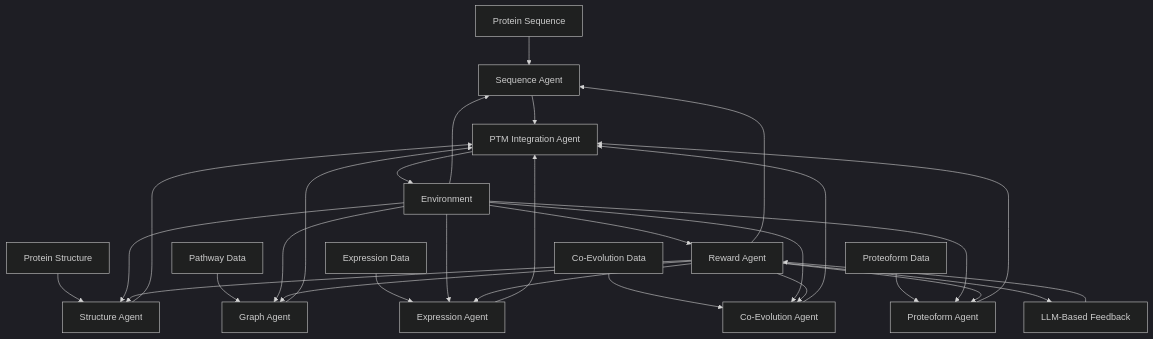
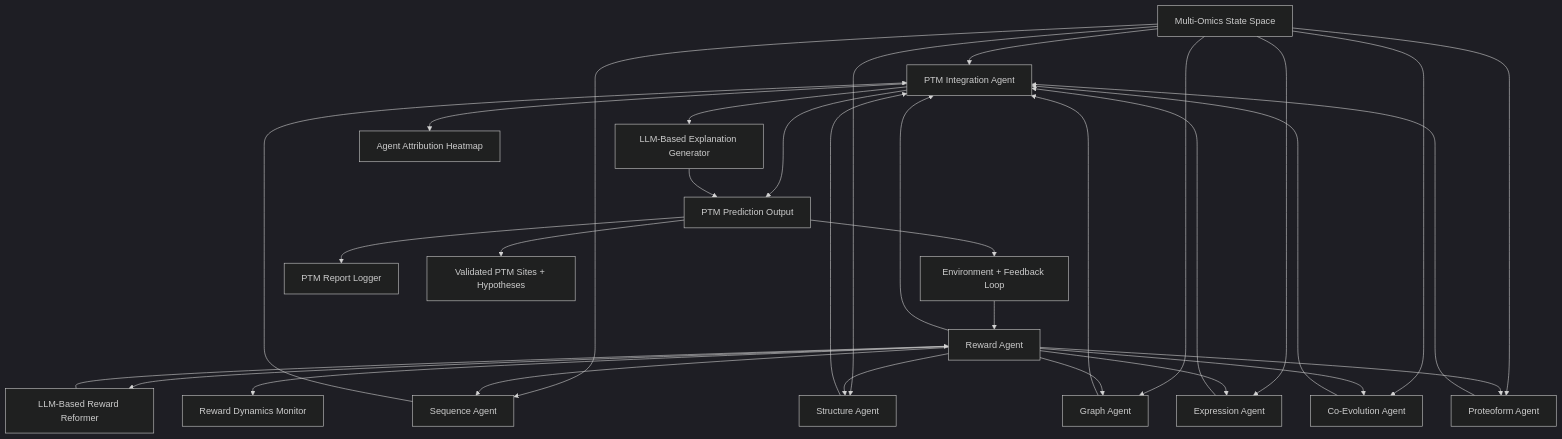
Before and after one commit to CaseOLAP/MARL-PTM: the diagram in workflow-2.0.md, drawn with Mermaid (dark theme).

````diff
--- a/workflow-2.0.md
+++ b/workflow-2.0.md
@@ -1,41 +1,49 @@
 ```mermaid
 graph TD
 
-%% Data Inputs
-A1[Protein Sequence] --> B1[Sequence Agent]
-A2[Protein Structure] --> B2[Structure Agent]
-A3[Pathway Data] --> B3[Graph Agent]
-A4[Expression Data] --> B4[Expression Agent]
-A5[Co-Evolution Data] --> B5[Co-Evolution Agent]
-A6[Proteoform Data] --> B6[Proteoform Agent]
+    %% Core MARL Flow
+    A[Multi-Omics State Space] --> B[PTM Integration Agent]
+    B --> C[PTM Prediction Output]
+    C --> D[Environment + Feedback Loop]
+    D --> E[Reward Agent]
+    E --> B
 
-%% Core Agent Outputs to Integration
-B1 --> C[PTM Integration Agent]
-B2 --> C
-B3 --> C
-B4 --> C
-B5 --> C
-B6 --> C
+    %% Specialized Biological Agents
+    A --> SA[Sequence Agent]
+    A --> ST[Structure Agent]
+    A --> GA[Graph Agent]
+    A --> EX[Expression Agent]
+    A --> CO[Co-Evolution Agent]
+    A --> PF[Proteoform Agent]
 
-%% Integration with Environment
-C --> D[Environment]
-D --> B1
-D --> B2
-D --> B3
-D --> B4
-D --> B5
-D --> B6
+    %% Agent Contributions to Integration
+    SA --> B
+    ST --> B
+    GA --> B
+    EX --> B
+    CO --> B
+    PF --> B
 
-%% Reward and Feedback Path
-D --> E[Reward Agent]
-E --> B1
-E --> B2
-E --> B3
-E --> B4
-E --> B5
-E --> B6
+    %% Reward Signal Distribution
+    E --> SA
+    E --> ST
+    E --> GA
+    E --> EX
+    E --> CO
+    E --> PF
 
-%% Optional LLM Feedback Loop
-E --> F[LLM-Based Feedback]
-F --> E
+    %% Optional LLM-Based Modules
+    E --> L1[LLM-Based Reward Reformer]
+    B --> L2[LLM-Based Explanation Generator]
+    L1 --> E
+    L2 --> C
+
+    %% Logging and Visualization
+    C --> V1[PTM Report Logger]
+    B --> V2[Agent Attribution Heatmap]
+    E --> V3[Reward Dynamics Monitor]
+
+    %% Model Output to User or Experiment
+    C --> X[Validated PTM Sites + Hypotheses]
+
 ```
````
